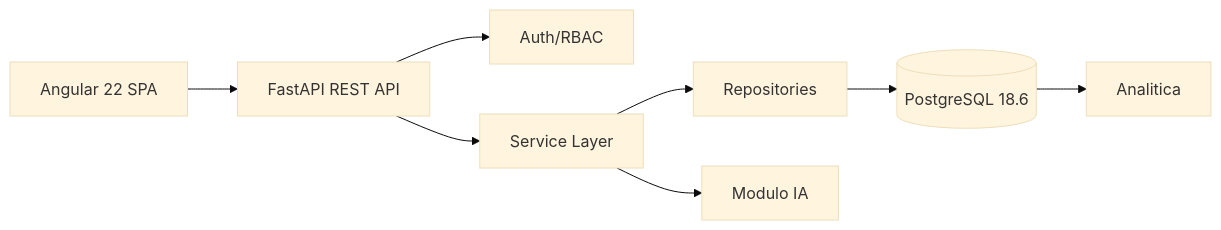
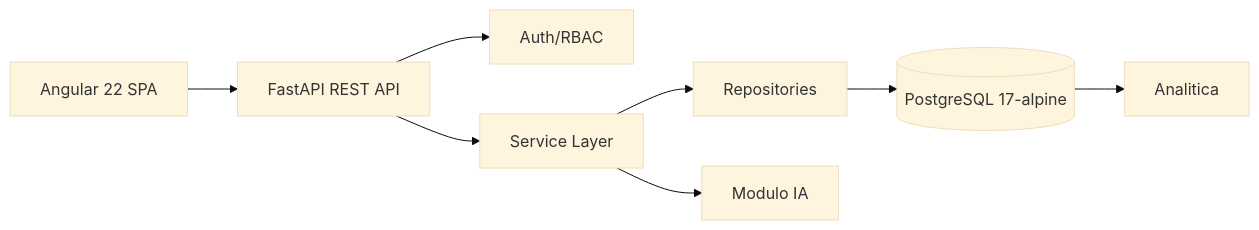
Before and after one commit to wesarzein/Paideia: the first of 2 diagrams in ARCHITECTURE.md, drawn with Mermaid (base theme). The commit also changed other lines of this file and 4 other files, not shown here.

````diff
--- a/ARCHITECTURE.md
+++ b/ARCHITECTURE.md
@@ -5,10 +5,10 @@
 ```mermaid
 flowchart LR
   UI[Angular 22 SPA] --> API[FastAPI REST API]
   API --> Auth[Auth/RBAC]
   API --> Services[Service Layer]
   Services --> Repos[Repositories]
-  Repos --> DB[(PostgreSQL 18.6)]
+  Repos --> DB[(PostgreSQL 17-alpine)]
   Services --> AI[Modulo IA]
   DB --> BI[Analitica]
 ```
````
